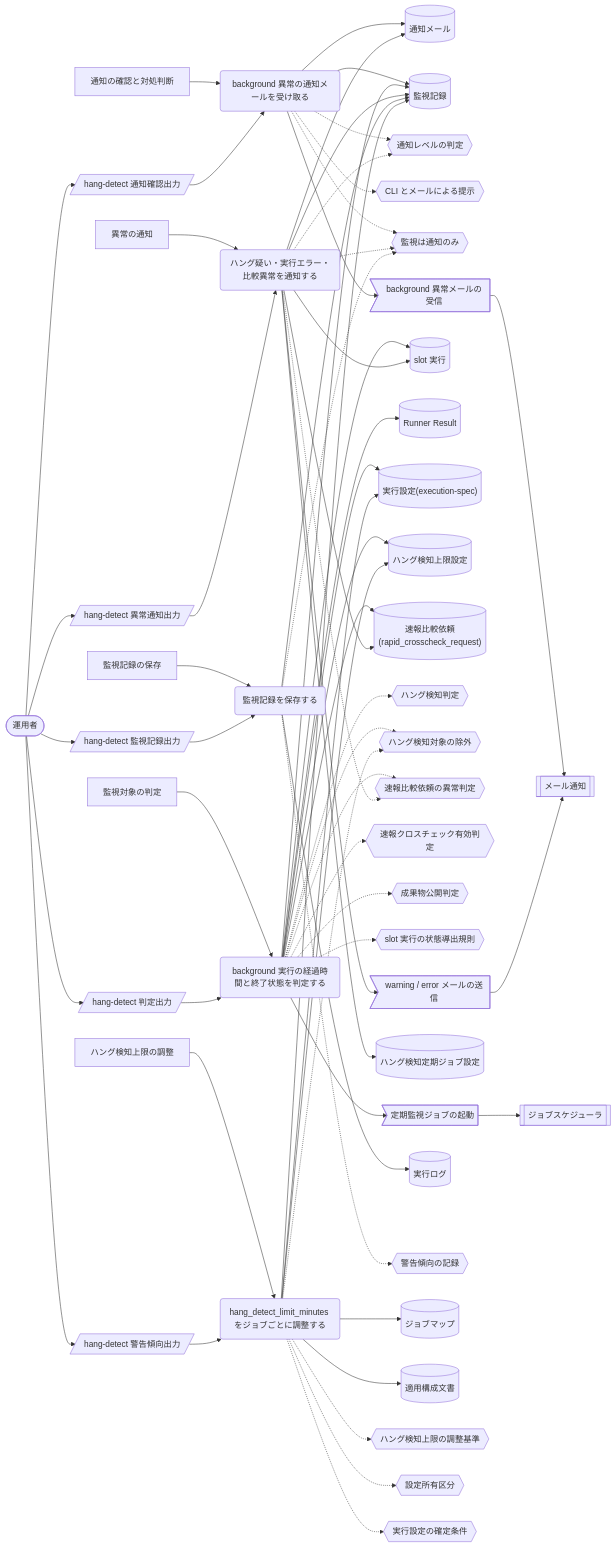
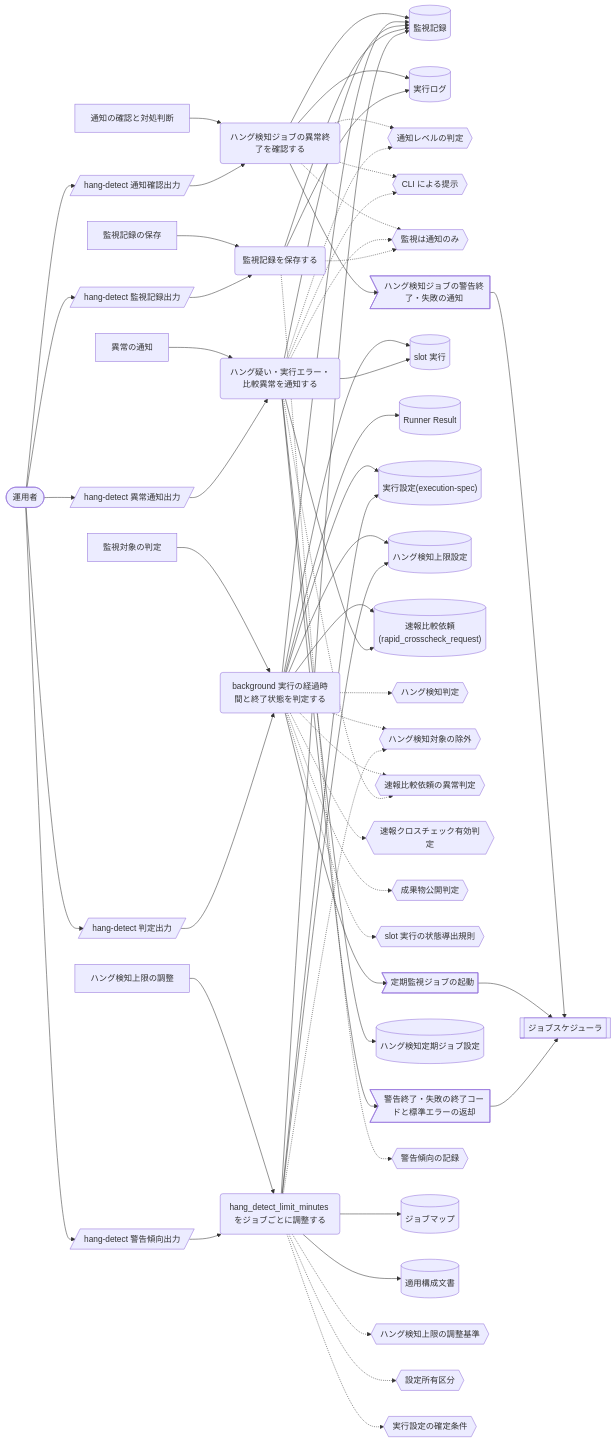
The fourth of 8 diagrams in docs/rdra/latest/views/04_UC複合図.md (suwa-sh/relay-gate), drawn with Mermaid before and after one commit. The commit also changed other lines of this file and 3014 other files, not shown here.

````diff
--- a/docs/rdra/latest/views/04_UC複合図.md
+++ b/docs/rdra/latest/views/04_UC複合図.md
@@ -408,16 +396,16 @@
 ```mermaid
 graph LR
-  UC1("background 異常の通知メールを受け取る")
+  UC1("ハング検知ジョブの異常終了を確認する")
   AT1["通知の確認と対処判断"]
-  IF1[("通知メール")]
-  IF2[("監視記録")]
+  IF1[("監視記録")]
+  IF2[("実行ログ")]
   CD1{{"通知レベルの判定"}}
-  CD2{{"CLI とメールによる提示"}}
+  CD2{{"CLI による提示"}}
   CD3{{"監視は通知のみ"}}
   SC1[/"hang-detect 通知確認出力"/]
   AC1(["運用者"])
-  EV1>"background 異常メールの受信"]
-  EX1[["メール通知"]]
+  EV1>"ハング検知ジョブの警告終了・失敗の通知"]
+  EX1[["ジョブスケジューラ"]]
   UC2("background 実行の経過時間と終了状態を判定する")
   AT2["監視対象の判定"]
   IF3[("slot 実行")]
@@ -433,21 +421,19 @@
   CD9{{"slot 実行の状態導出規則"}}
   SC2[/"hang-detect 判定出力"/]
   EV2>"定期監視ジョブの起動"]
-  EX2[["ジョブスケジューラ"]]
   UC3("ハング疑い・実行エラー・比較異常を通知する")
   AT3["異常の通知"]
   IF8[("ハング検知定期ジョブ設定")]
   SC3[/"hang-detect 異常通知出力"/]
-  EV3>"warning / error メールの送信"]
+  EV3>"警告終了・失敗の終了コードと標準エラーの返却"]
   UC4("監視記録を保存する")
   AT4["監視記録の保存"]
-  IF9[("実行ログ")]
   CD10{{"警告傾向の記録"}}
   SC4[/"hang-detect 監視記録出力"/]
   UC5("hang_detect_limit_minutes をジョブごとに調整する")
   AT5["ハング検知上限の調整"]
-  IF10[("ジョブマップ")]
-  IF11[("適用構成文書")]
+  IF9[("ジョブマップ")]
+  IF10[("適用構成文書")]
   CD11{{"ハング検知上限の調整基準"}}
   CD12{{"設定所有区分"}}
   CD13{{"実行設定の確定条件"}}
@@ -468,7 +454,7 @@
   UC2 --> IF5
   UC2 --> IF6
   UC2 --> IF7
-  UC2 --> IF2
+  UC2 --> IF1
   UC2 -.-> CD4
   UC2 -.-> CD5
   UC2 -.-> CD6
@@ -478,9 +464,8 @@
   AC1 --> SC2
   SC2 --> UC2
   UC2 --> EV2
-  EV2 --> EX2
+  EV2 --> EX1
   AT3 --> UC3
-  UC3 --> IF2
   UC3 --> IF1
   UC3 --> IF3
   UC3 --> IF7
@@ -488,23 +473,24 @@
   UC3 -.-> CD1
   UC3 -.-> CD6
   UC3 -.-> CD3
+  UC3 -.-> CD2
   AC1 --> SC3
   SC3 --> UC3
   UC3 --> EV3
   EV3 --> EX1
   AT4 --> UC4
+  UC4 --> IF1
   UC4 --> IF2
-  UC4 --> IF9
   UC4 -.-> CD10
   UC4 -.-> CD3
   AC1 --> SC4
   SC4 --> UC4
   AT5 --> UC5
-  UC5 --> IF2
+  UC5 --> IF1
   UC5 --> IF6
+  UC5 --> IF9
+  UC5 --> IF5
   UC5 --> IF10
-  UC5 --> IF5
-  UC5 --> IF11
   UC5 -.-> CD11
   UC5 -.-> CD5
   UC5 -.-> CD12
````
